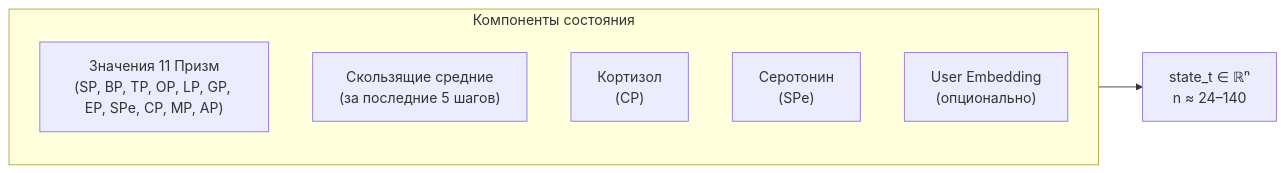
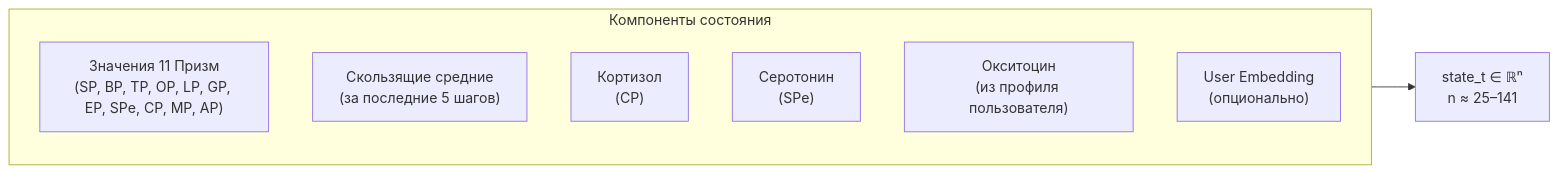
One commit to Pavel14701/galatea changed the second of 7 diagrams in docs/pr_migration_architecture.md. Above: the diagram before and after it, drawn with Mermaid. The commit also changed other lines of this file and 1 other file, not shown here.

````diff
--- a/docs/pr_migration_architecture.md
+++ b/docs/pr_migration_architecture.md
@@ -68,12 +68,13 @@
 ```mermaid
 flowchart LR
     subgraph StateComponents["Компоненты состояния"]
         P["Значения 11 Призм<br/>(SP, BP, TP, OP, LP, GP, EP, SPe, CP, MP, AP)"]
         MA["Скользящие средние<br/>(за последние 5 шагов)"]
         C["Кортизол<br/>(CP)"]
         S["Серотонин<br/>(SPe)"]
+        O["Окситоцин<br/>(из профиля пользователя)"]
         U["User Embedding<br/>(опционально)"]
     end
 
-    StateComponents --> StateVector["state_t ∈ ℝⁿ<br/>n ≈ 24–140"]
+    StateComponents --> StateVector["state_t ∈ ℝⁿ<br/>n ≈ 25–141"]
 ```
````
